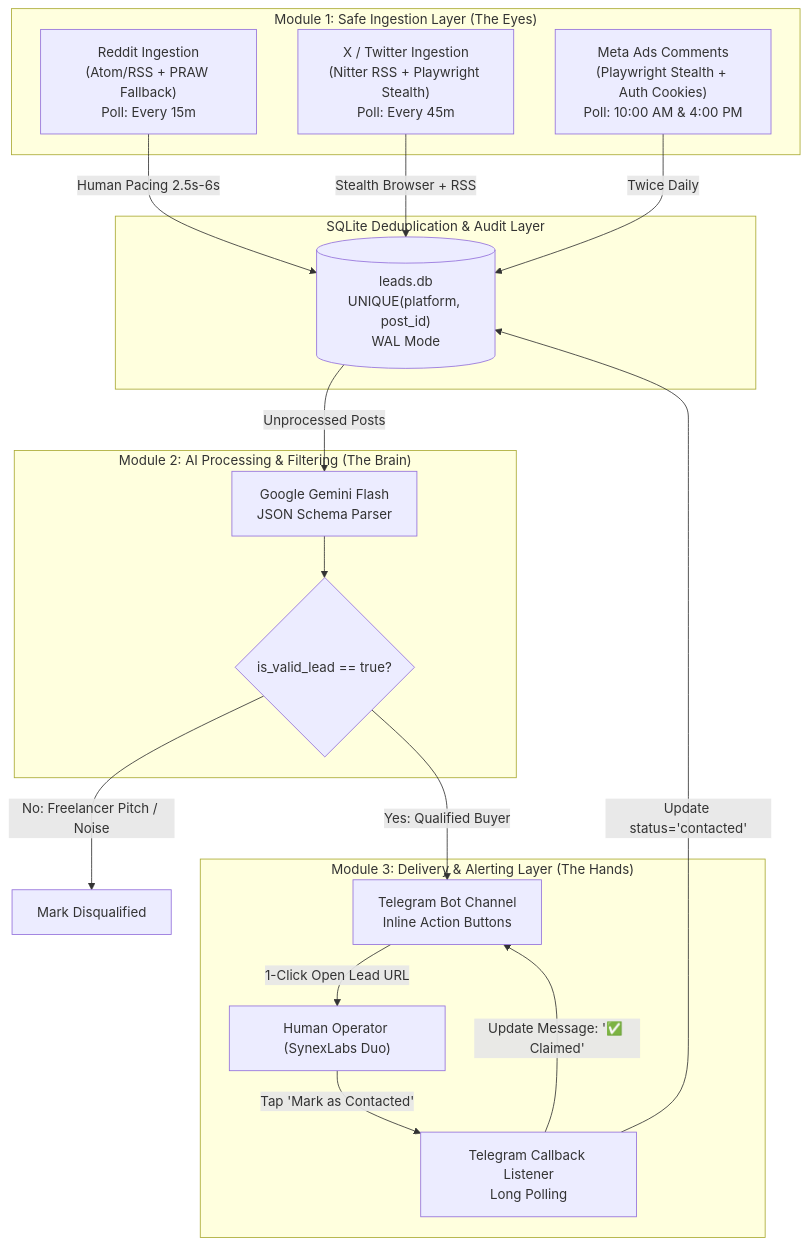
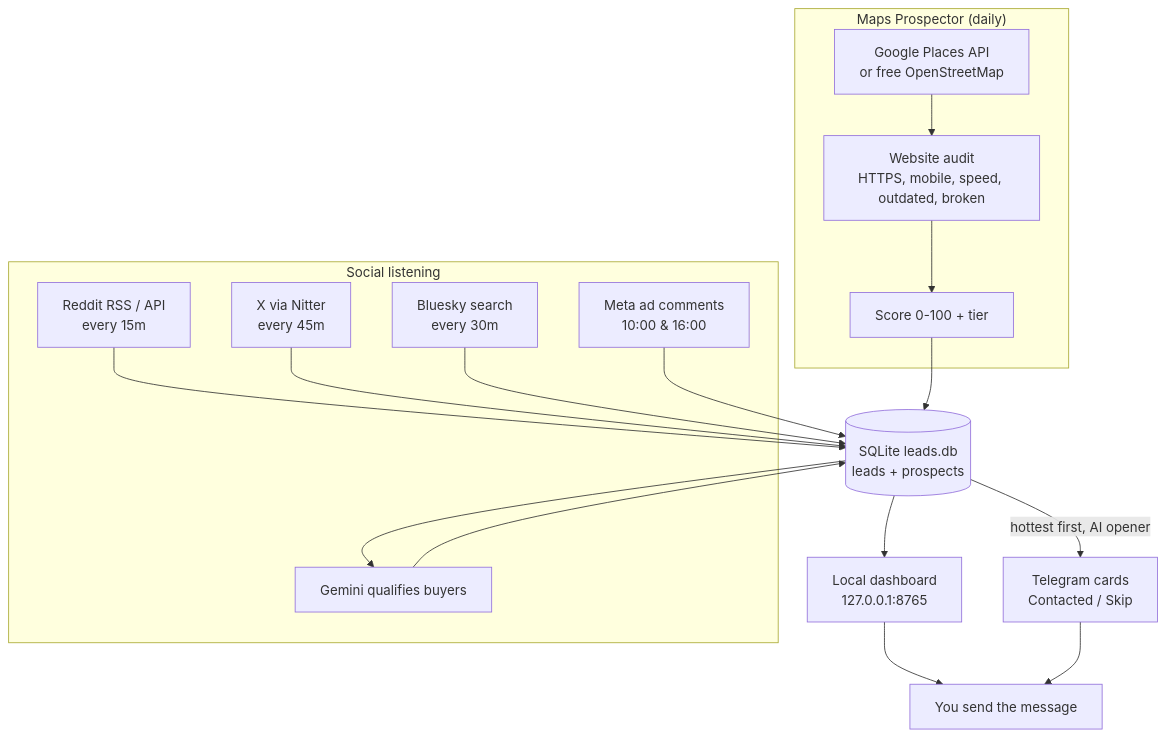
One commit to i-shubham24/Synex-Labs changed the diagram in Lead generator/README.md. Above: the diagram before and after it, drawn with Mermaid. The commit also changed other lines of this file and 52 other files, not shown here.

Commit message:
Expand Lead generator engine with prospector, outreach automation, dashboard, and showcase modules; update robots.ts

````diff
--- a/Lead generator/README.md
+++ b/Lead generator/README.md
@@ -9,35 +90,28 @@
 ```mermaid
 flowchart TD
-    subgraph M1["Module 1: Safe Ingestion Layer (The Eyes)"]
-        A1["Reddit Ingestion<br/>(Atom/RSS + PRAW Fallback)<br/>Poll: Every 15m"]
-        A2["X / Twitter Ingestion<br/>(Nitter RSS + Playwright Stealth)<br/>Poll: Every 45m"]
-        A3["Meta Ads Comments<br/>(Playwright Stealth + Auth Cookies)<br/>Poll: 10:00 AM & 4:00 PM"]
+    subgraph P["Maps Prospector (daily)"]
+        P1["Google Places API<br/>or free OpenStreetMap"]
+        P2["Website audit<br/>HTTPS, mobile, speed, outdated, broken"]
+        P3["Score 0-100 + tier"]
     end
 
-    subgraph Storage["SQLite Deduplication & Audit Layer"]
-        DB[("leads.db<br/>UNIQUE(platform, post_id)<br/>WAL Mode")]
+    subgraph S["Social listening"]
+        S1["Reddit RSS / API<br/>every 15m"]
+        S2["X via Nitter<br/>every 45m"]
+        S3["Bluesky search<br/>every 30m"]
+        S4["Meta ad comments<br/>10:00 & 16:00"]
+        G["Gemini qualifies buyers"]
     end
 
-    subgraph M2["Module 2: AI Processing & Filtering (The Brain)"]
-        G["Google Gemini Flash<br/>JSON Schema Parser"]
-        F{"is_valid_lead == true?"}
-    end
+    DB[("SQLite leads.db<br/>leads + prospects")]
+    D["Local dashboard<br/>127.0.0.1:8765"]
+    T["Telegram cards<br/>Contacted / Skip"]
+    O["You send the message"]
 
-    subgraph M3["Module 3: Delivery & Alerting Layer (The Hands)"]
-        T["Telegram Bot Channel<br/>Inline Action Buttons"]
-        O["Human Operator (SynexLabs Duo)"]
-        C["Telegram Callback Listener<br/>Long Polling"]
-    end
-
-    A1 -->|Human Pacing 2.5s-6s| DB
-    A2 -->|Stealth Browser + RSS| DB
-    A3 -->|Twice Daily| DB
-    DB -->|Unprocessed Posts| G
-    G --> F
-    F -->|No: Freelancer Pitch / Noise| DIS["Mark Disqualified"]
-    F -->|Yes: Qualified Buyer| T
-    T -->|1-Click Open Lead URL| O
-    O -->|Tap 'Mark as Contacted'| C
-    C -->|Update status='contacted'| DB
-    C -->|Update Message: '✅ Claimed'| T
+    P1 --> P2 --> P3 --> DB
+    S1 & S2 & S3 & S4 --> DB --> G --> DB
+    DB --> D
+    DB -->|"hottest first, AI opener"| T
+    D --> O
+    T --> O
 ```
````
